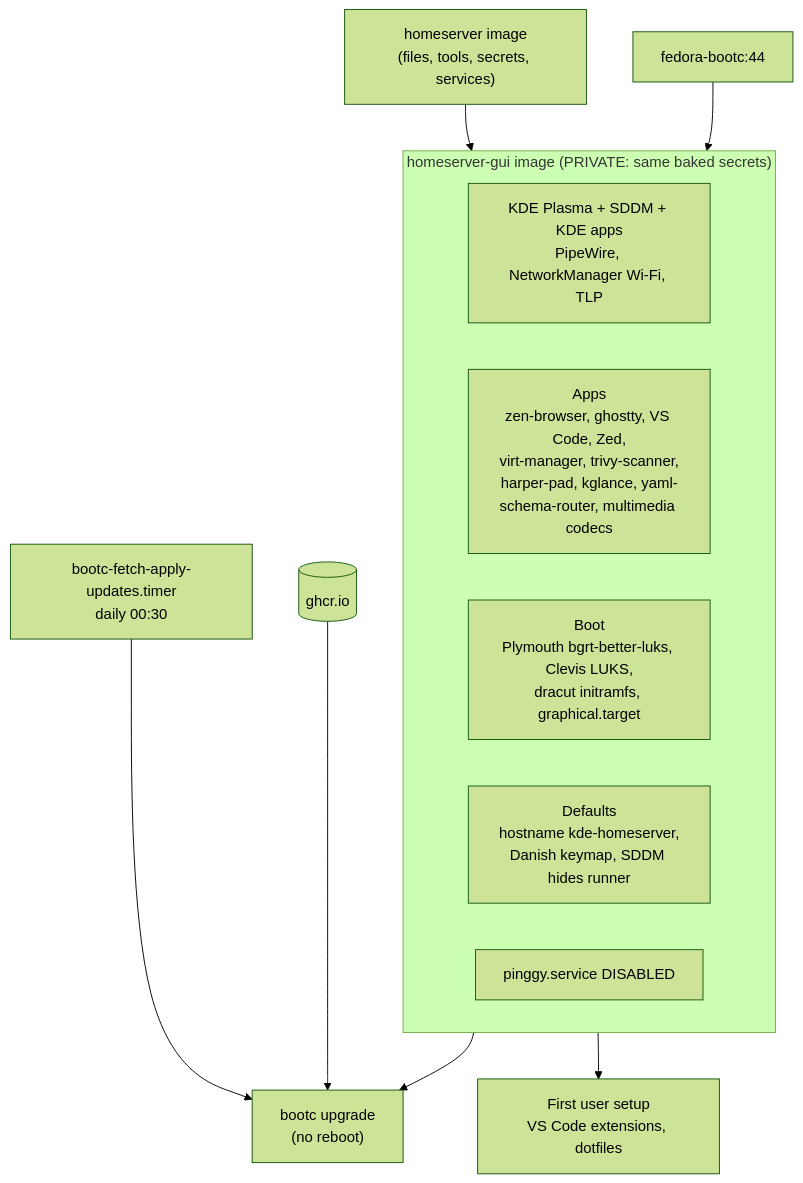
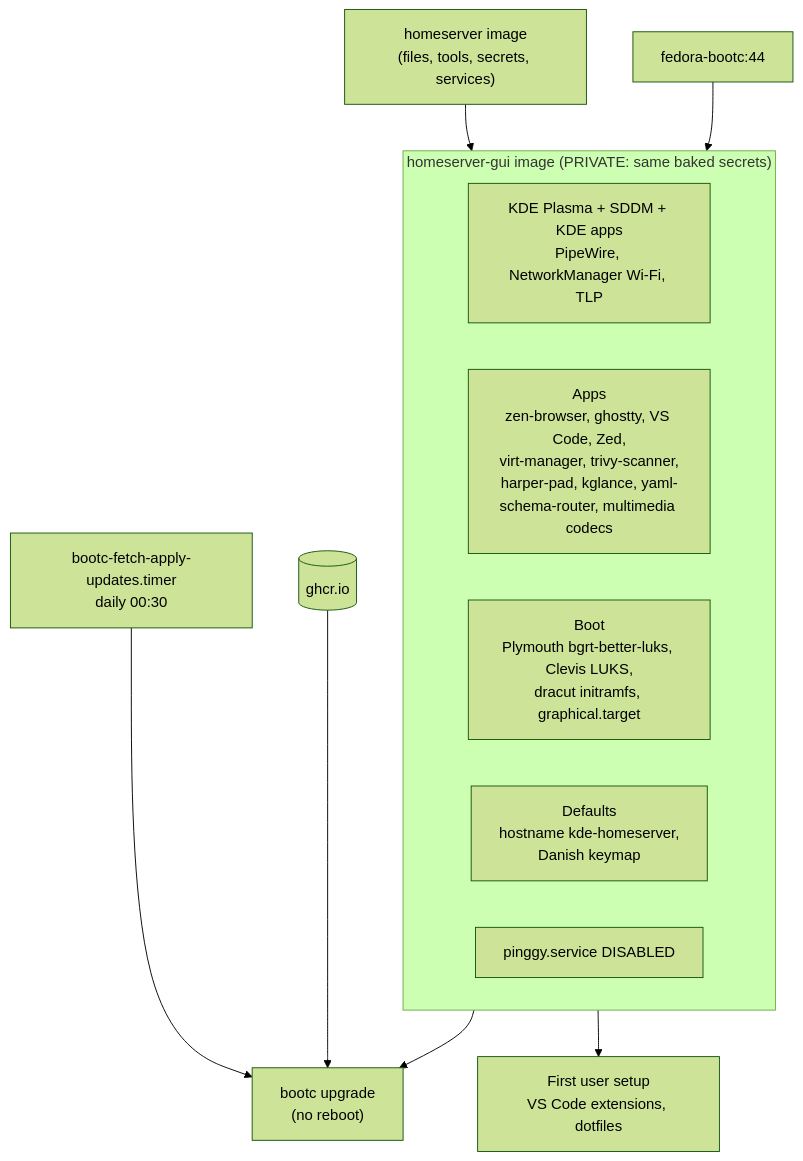
Before and after one commit to cthtrifork/homeserver-bootc: the diagram in docs/homeserver-gui/README.md, drawn with Mermaid (forest theme). The commit also changed other lines of this file, not shown here.

Commit message:
docs(homeserver-gui): drop the SDDM hides runner note

````diff
--- a/docs/homeserver-gui/README.md
+++ b/docs/homeserver-gui/README.md
@@ -11,16 +11,16 @@
 ```mermaid
 flowchart TD
     HS["homeserver image<br/>(files, tools, secrets, services)"] --> IMG
     BASE["fedora-bootc:44"] --> IMG
     subgraph IMG["homeserver-gui image (PRIVATE: same baked secrets)"]
         KDE["KDE Plasma + SDDM + KDE apps<br/>PipeWire, NetworkManager Wi-Fi, TLP"]
         APPS["Apps<br/>zen-browser, ghostty, VS Code, Zed,<br/>virt-manager, trivy-scanner,<br/>harper-pad, kglance, yaml-schema-router, multimedia codecs"]
         BOOTX["Boot<br/>Plymouth bgrt-better-luks, Clevis LUKS,<br/>dracut initramfs, graphical.target"]
-        DEF["Defaults<br/>hostname kde-homeserver,<br/>Danish keymap, SDDM hides runner"]
+        DEF["Defaults<br/>hostname kde-homeserver,<br/>Danish keymap"]
         NOPING["pinggy.service DISABLED"]
     end
     TIMER["bootc-fetch-apply-updates.timer<br/>daily 00:30"] --> UPG["bootc upgrade<br/>(no reboot)"]
     REG[("ghcr.io")] --> UPG
     IMG --> UPG
     IMG --> FB["First user setup<br/>VS Code extensions, dotfiles"]
 ```
````
